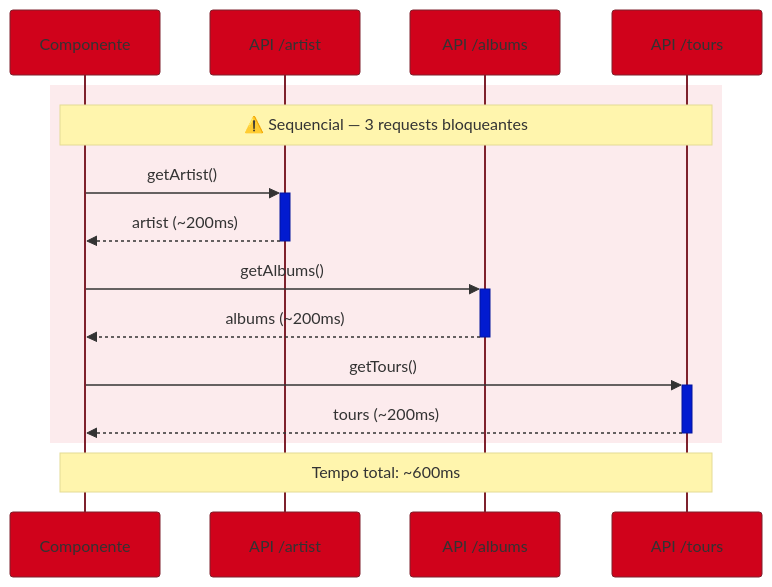
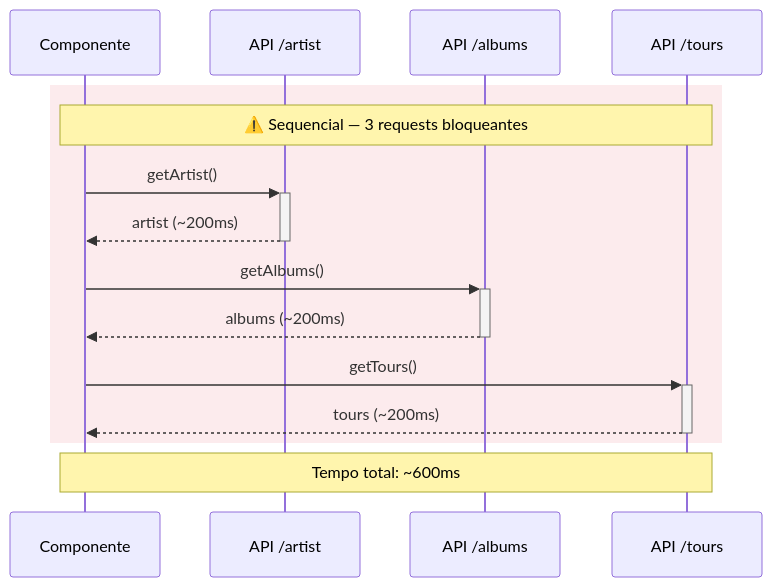
One commit to josenaldo/codex-technomanticus changed the first of 2 diagrams in 03-Dominios/Tecnologia/React/Next.js/05 - Data fetching no Server.md. Above: the diagram before and after it, drawn with Mermaid. The commit also changed other lines of this file and 1181 other files, not shown here.

First line of the commit message:
fix(diagramas): paleta do sistema no lugar de cor cravada no markdown

````diff
--- a/03-Dominios/Tecnologia/React/Next.js/05 - Data fetching no Server.md
+++ b/03-Dominios/Tecnologia/React/Next.js/05 - Data fetching no Server.md
@@ -134,19 +134,18 @@
 ```mermaid
-%%{init: {"theme": "base", "themeVariables": {"primaryColor": "#D0021B", "edgeLabelBackground": "#ffffff"}}}%%
 sequenceDiagram
     participant C as Componente
     participant A as API /artist
     participant AL as API /albums
     participant T as API /tours
 
     rect rgba(208, 2, 27, 0.08)
         note over C,T: ⚠️ Sequencial — 3 requests bloqueantes
         C->>+A: getArtist()
         A-->>-C: artist (~200ms)
         C->>+AL: getAlbums()
         AL-->>-C: albums (~200ms)
         C->>+T: getTours()
         T-->>-C: tours (~200ms)
     end
     note over C,T: Tempo total: ~600ms
 ```
````
